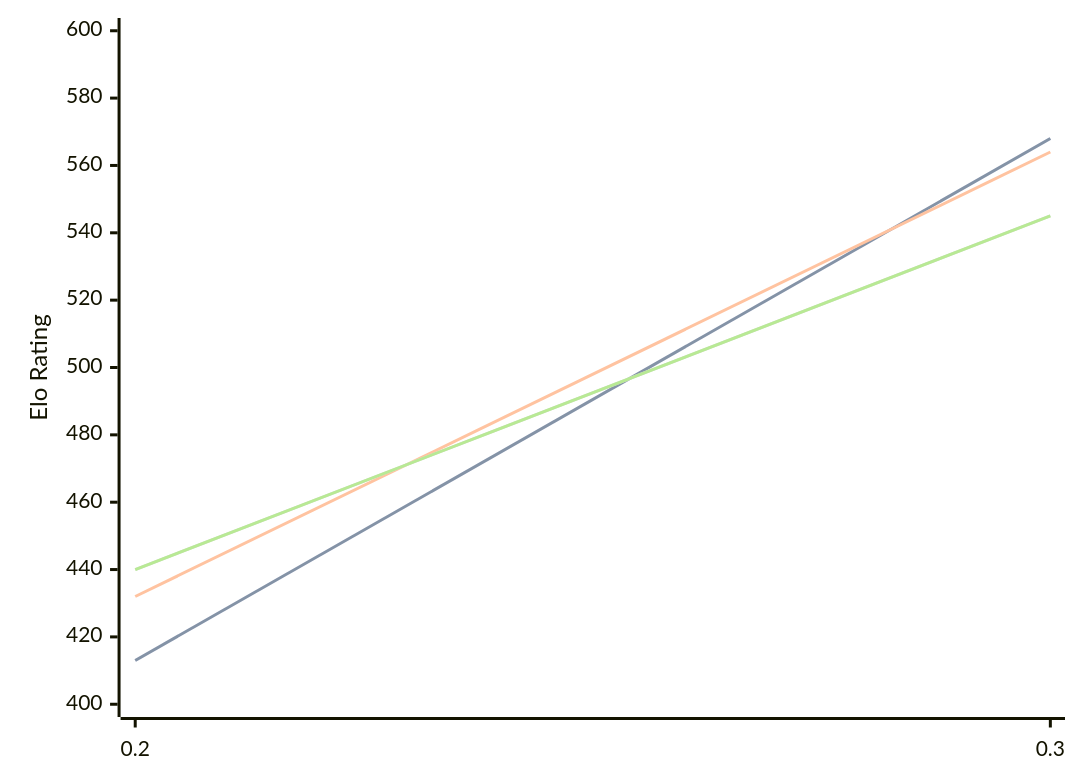
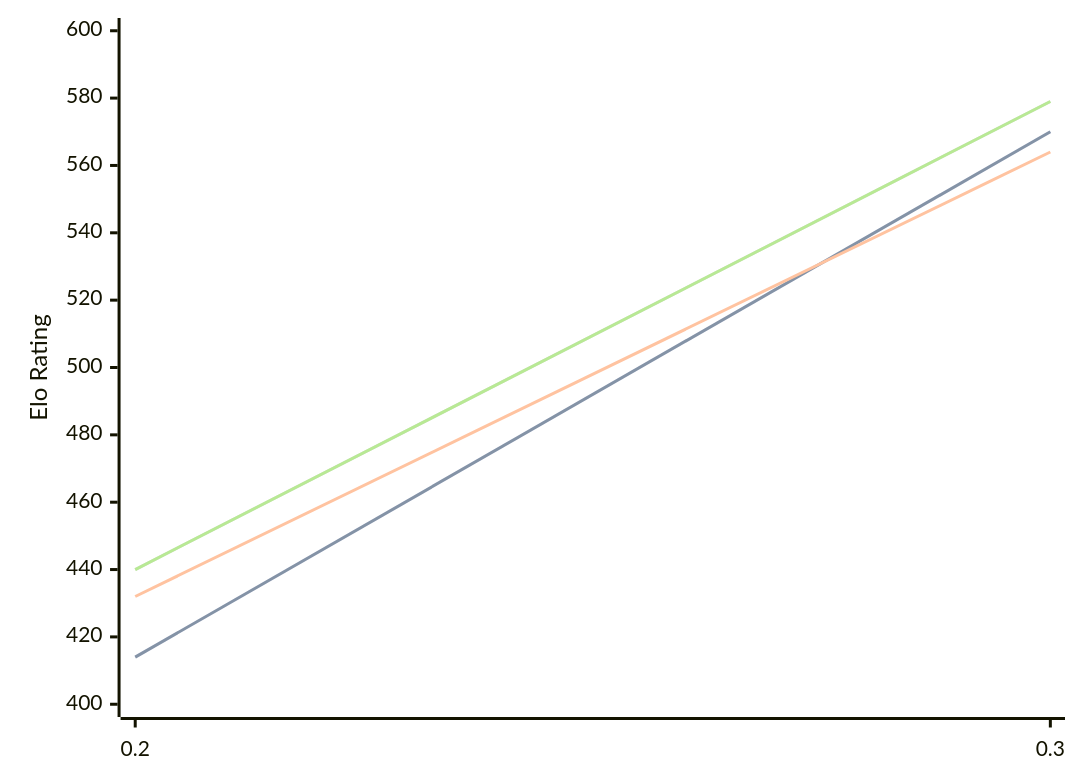
One commit to computer-chess-index/cci changed the diagram in engines/Magpie.md. Above: the diagram before and after it, drawn with Mermaid. The commit also changed other lines of this file, not shown here.

Commit message:
Update CCI Ratings (ELO VLTC) - 2026-08-20

````diff
--- a/engines/Magpie.md
+++ b/engines/Magpie.md
@@ -32,11 +32,11 @@
 ```mermaid
 %%{init: {"theme":"base","themeVariables":{"seriesColors:['#a3a3a3','#222221','#faa371']}}}%%
 xychart-beta
   x-axis ["0.2", "0.3"]
   y-axis "Elo Rating" 400 --> 600
-  line "STC (8.0+0.08s)" [413, 568]
-  line "STC (8.0+0.08s)" [413, 568]
+  line "STC (8.0+0.08s)" [414, 570]
+  line "STC (8.0+0.08s)" [414, 570]
   line "LTC (60.0+0.60s)" [432, 564]
-  line "VLTC (2m24s+1.12s)" [440, 545]
-  line "VLTC (2m24s+1.12s)" [440, 545]
+  line "VLTC (2m24s+1.12s)" [440, 579]
+  line "VLTC (2m24s+1.12s)" [440, 579]
 ```
````
